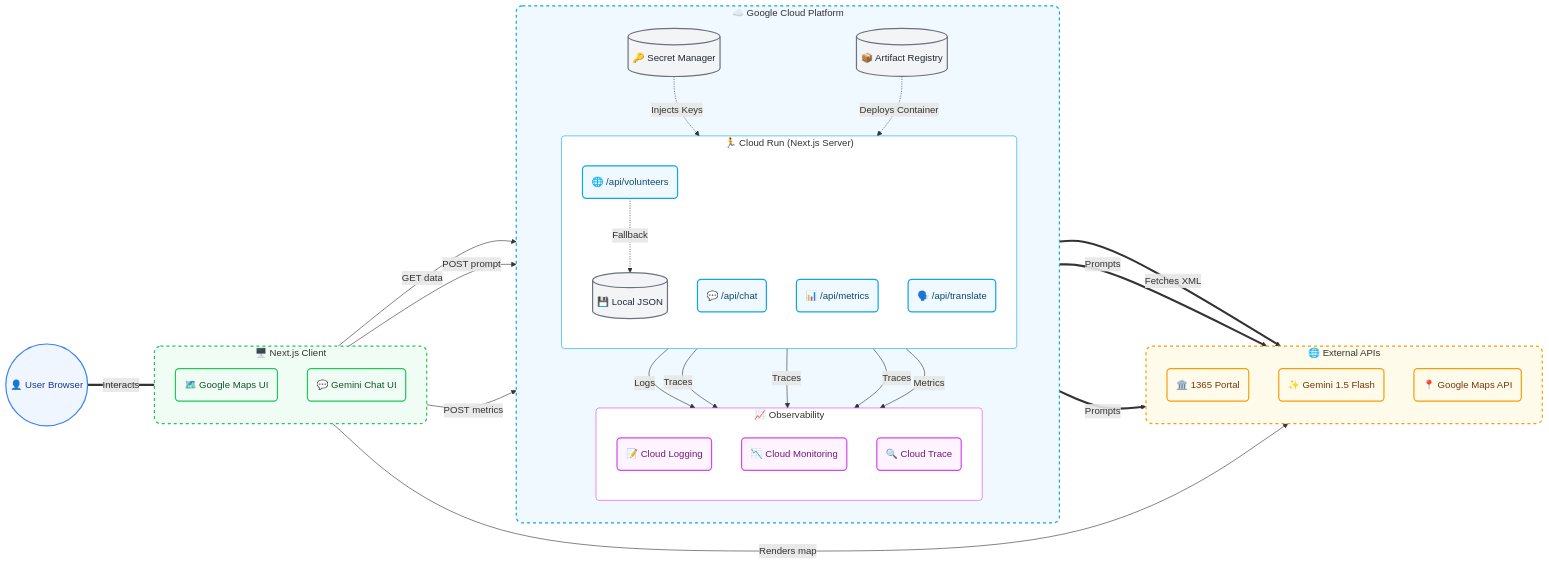
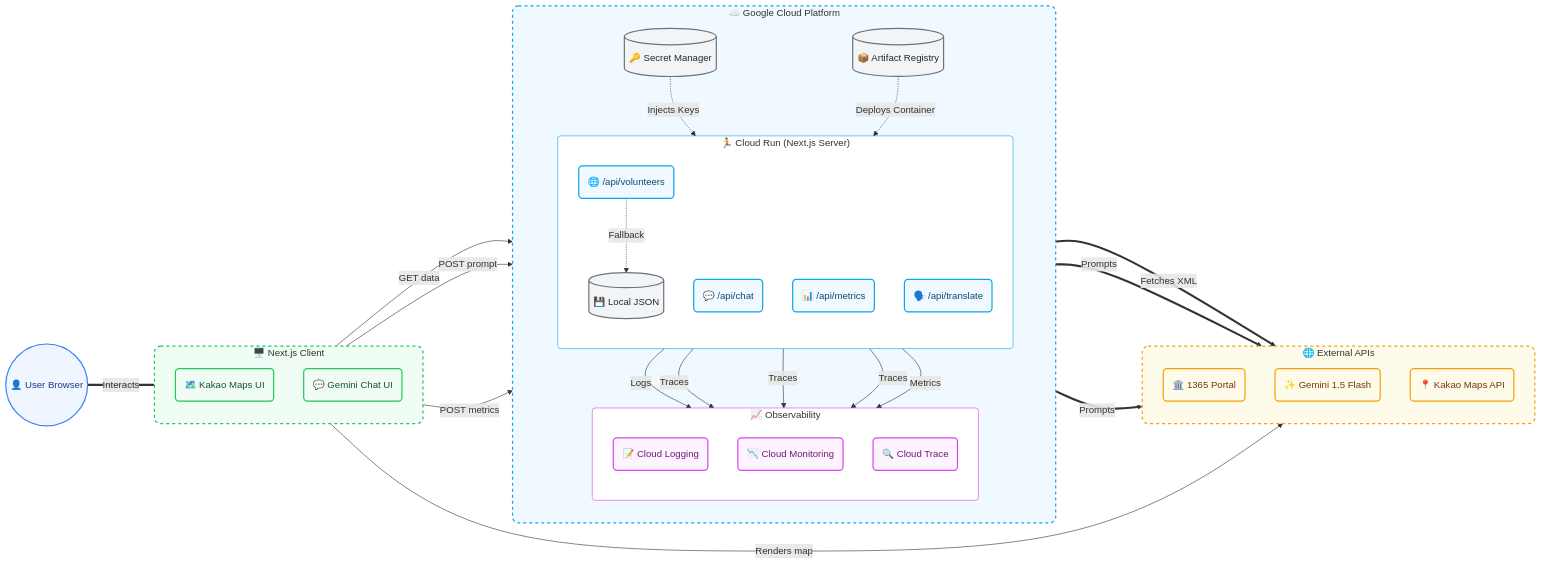
One commit to bbb1293/volunteer-map-korea changed the diagram in README.md. Above: the diagram before and after it, drawn with Mermaid. The commit also changed other lines of this file and 8 other files, not shown here.

First line of the commit message:
feat: migrate map provider to Kakao Maps, add directions & recruitment period

```diff
--- a/README.md
+++ b/README.md
@@ -68,7 +68,7 @@
     %% Frontend Subgraph
     subgraph Frontend ["🖥️ Next.js Client"]
         direction TB
-        Map("🗺️ Google Maps UI"):::frontend
+        Map("🗺️ Kakao Maps UI"):::frontend
         ChatUI("💬 Gemini Chat UI"):::frontend
     end
     
@@ -101,7 +101,7 @@
         direction TB
         Gov("🏛️ 1365 Portal"):::extNode
         Gem("✨ Gemini 1.5 Flash"):::extNode
-        GMap("📍 Google Maps API"):::extNode
+        GMap("📍 Kakao Maps API"):::extNode
     end
     
     %% Flows & Connections
```
